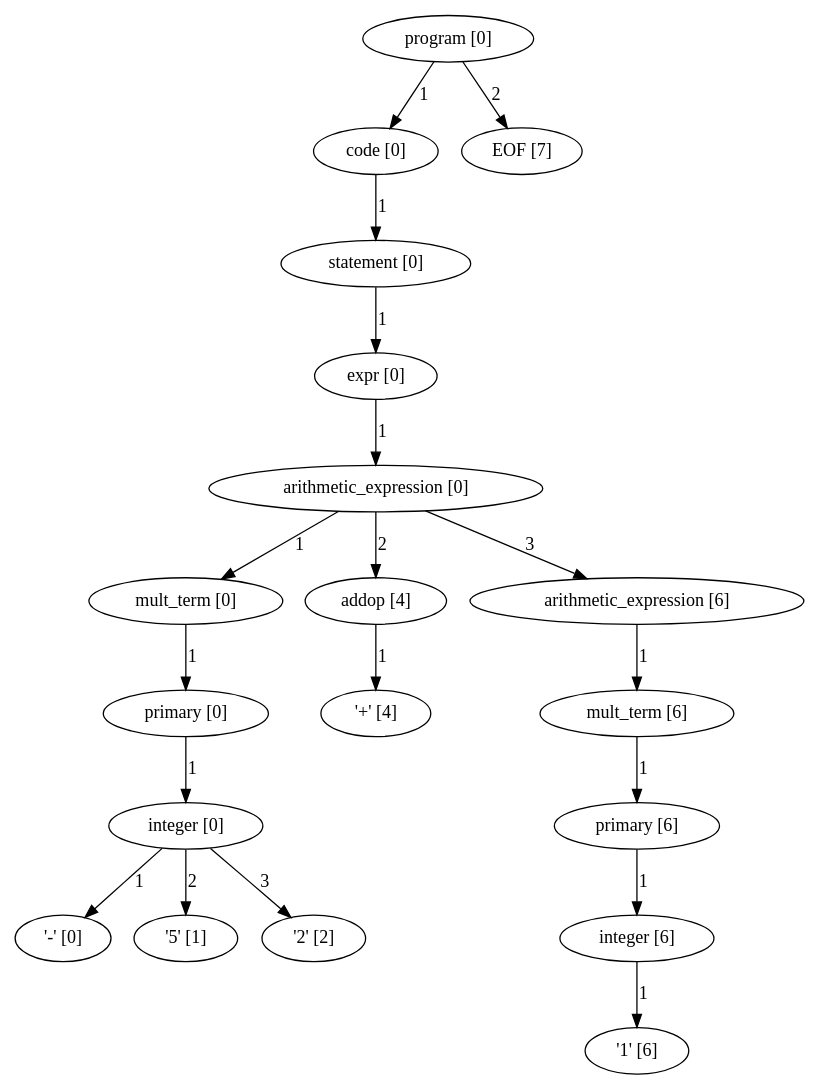
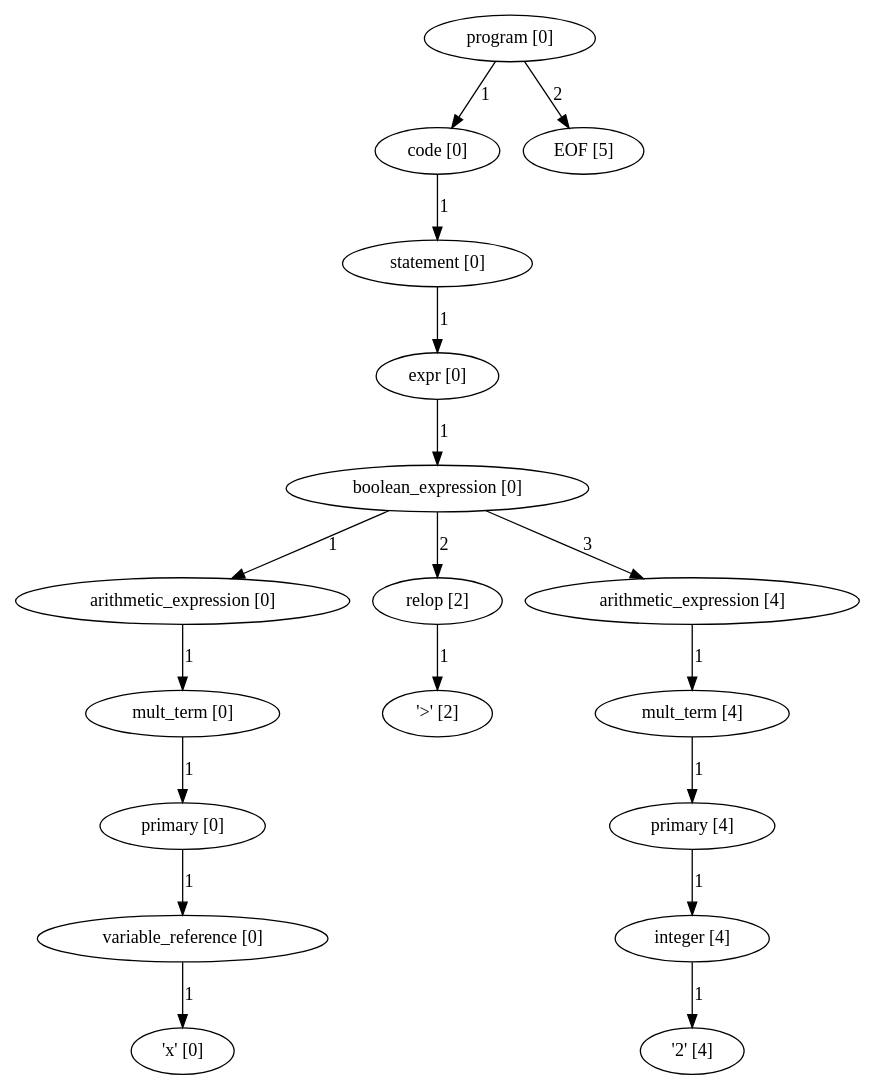
The diagram in program_parse_tree.dot (pragdave/cs3342_smurf), drawn with Graphviz before and after one commit. The commit also changed 2 other files, not shown here.

```diff
--- a/program_parse_tree.dot
+++ b/program_parse_tree.dot
@@ -1,57 +1,54 @@
 digraph arpeggio_graph {
-1551221167424 [label="program [0]"];
-1551221167424->1551219355712 [label="1"]
+2516811828160 [label="program [0]"];
+2516811828160->2516811828032 [label="1"]
 
-1551219355712 [label="code [0]"];
-1551219355712->1551221167296 [label="1"]
+2516811828032 [label="code [0]"];
+2516811828032->2516811827776 [label="1"]
 
-1551221167296 [label="statement [0]"];
-1551221167296->1551221167168 [label="1"]
+2516811827776 [label="statement [0]"];
+2516811827776->2516811827648 [label="1"]
 
-1551221167168 [label="expr [0]"];
-1551221167168->1551221167040 [label="1"]
+2516811827648 [label="expr [0]"];
+2516811827648->2516811826880 [label="1"]
 
-1551221167040 [label="arithmetic_expression [0]"];
-1551221167040->1551219358912 [label="1"]
+2516811826880 [label="boolean_expression [0]"];
+2516811826880->2516811827392 [label="1"]
 
-1551219358912 [label="mult_term [0]"];
-1551219358912->1551219358784 [label="1"]
+2516811827392 [label="arithmetic_expression [0]"];
+2516811827392->2516811827264 [label="1"]
 
-1551219358784 [label="primary [0]"];
-1551219358784->1551219358656 [label="1"]
+2516811827264 [label="mult_term [0]"];
+2516811827264->2516811827136 [label="1"]
 
-1551219358656 [label="integer [0]"];
-1551219358656->1551219283440 [label="1"]
+2516811827136 [label="primary [0]"];
+2516811827136->2516811827008 [label="1"]
 
-1551219283440 [label=" '-' [0]"];
-1551219358656->1551219283552 [label="2"]
+2516811827008 [label="variable_reference [0]"];
+2516811827008->2516812096336 [label="1"]
 
-1551219283552 [label=" '5' [1]"];
-1551219358656->1551219283664 [label="3"]
+2516812096336 [label=" 'x' [0]"];
+2516811826880->2516811827520 [label="2"]
 
-1551219283664 [label=" '2' [2]"];
-1551221167040->1551219359040 [label="2"]
+2516811827520 [label="relop [2]"];
+2516811827520->2516812096448 [label="1"]
 
-1551219359040 [label="addop [4]"];
-1551219359040->1551219283776 [label="1"]
+2516812096448 [label=" '>' [2]"];
+2516811826880->2516811826496 [label="3"]
 
-1551219283776 [label=" '+' [4]"];
-1551221167040->1551221166912 [label="3"]
+2516811826496 [label="arithmetic_expression [4]"];
+2516811826496->2516811826624 [label="1"]
 
-1551221166912 [label="arithmetic_expression [6]"];
-1551221166912->1551221166784 [label="1"]
+2516811826624 [label="mult_term [4]"];
+2516811826624->2516811826752 [label="1"]
 
-1551221166784 [label="mult_term [6]"];
-1551221166784->1551221166656 [label="1"]
+2516811826752 [label="primary [4]"];
+2516811826752->2516811826112 [label="1"]
 
-1551221166656 [label="primary [6]"];
-1551221166656->1551221166528 [label="1"]
+2516811826112 [label="integer [4]"];
+2516811826112->2516812095552 [label="1"]
 
-1551221166528 [label="integer [6]"];
-1551221166528->1551219284224 [label="1"]
+2516812095552 [label=" '2' [4]"];
+2516811828160->2516812096112 [label="2"]
 
-1551219284224 [label=" '1' [6]"];
-1551221167424->1551219284336 [label="2"]
-
-1551219284336 [label="EOF [7]"];
+2516812096112 [label="EOF [5]"];
 }
```
